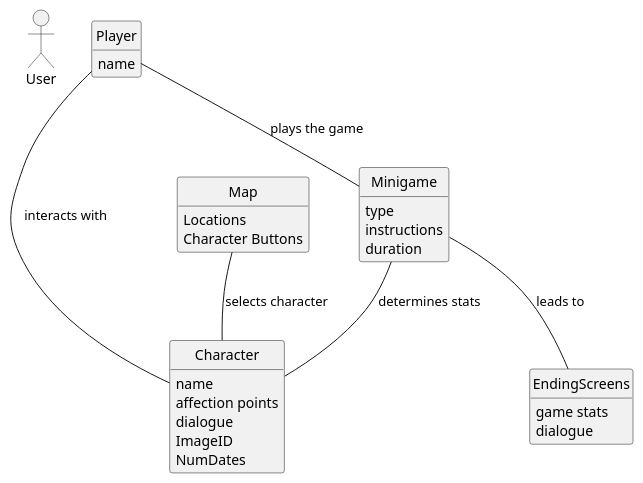
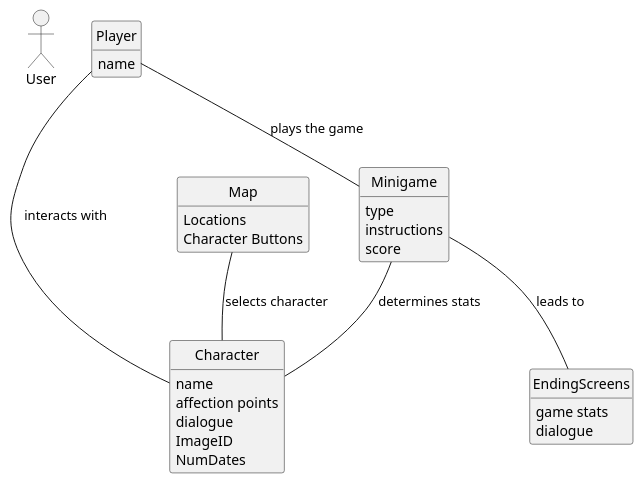
One commit to rsanlop/Untitled-Dating-Sim changed the first of 3 diagrams in intellij/doc/design.md. Above: the diagram before and after it, drawn with PlantUML. The commit also changed other lines of this file and 1 other file, not shown here.

````diff
--- a/intellij/doc/design.md
+++ b/intellij/doc/design.md
@@ -1,46 +1,47 @@
 ```plantuml
 
 allow_mixing
 hide circle
 hide empty methods
 hide footbox
 actor "User" as user 
 
     class Player {
     name
     }
     class Map{
     Locations
     Character Buttons
     }
     
     class Character{
     name
     affection points 
     dialogue
     ImageID
     NumDates
+ 
     }
     
     class Minigame{
     type
     instructions
-    duration
+    score
     }
     
     class EndingScreens{
     game stats
     dialogue
     }
    
     
     Player -- Character : interacts with \t\t
     Player -- Minigame : plays the game
     Minigame -- Character :determines stats\t\t
     Minigame -- EndingScreens : leads to
     Map -- Character : selects character \t\t
     
    
 
 
 ```
````
